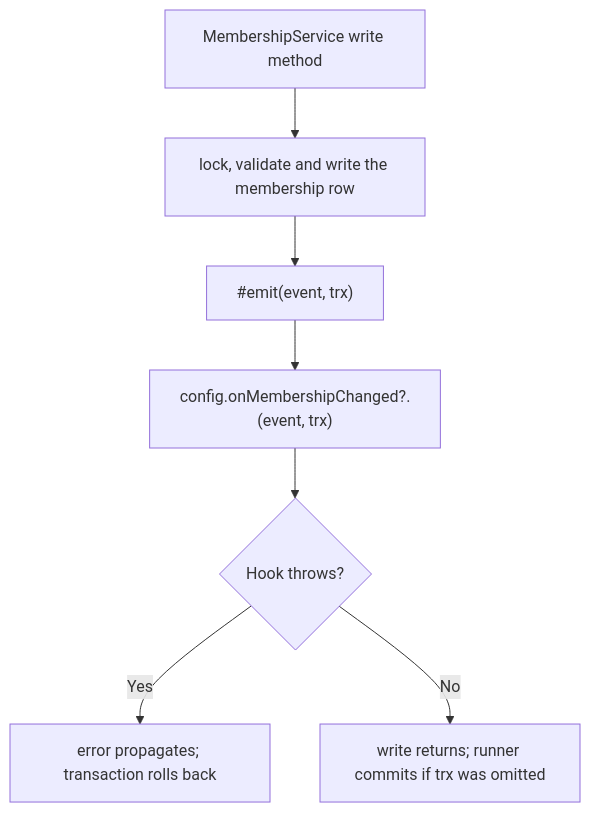
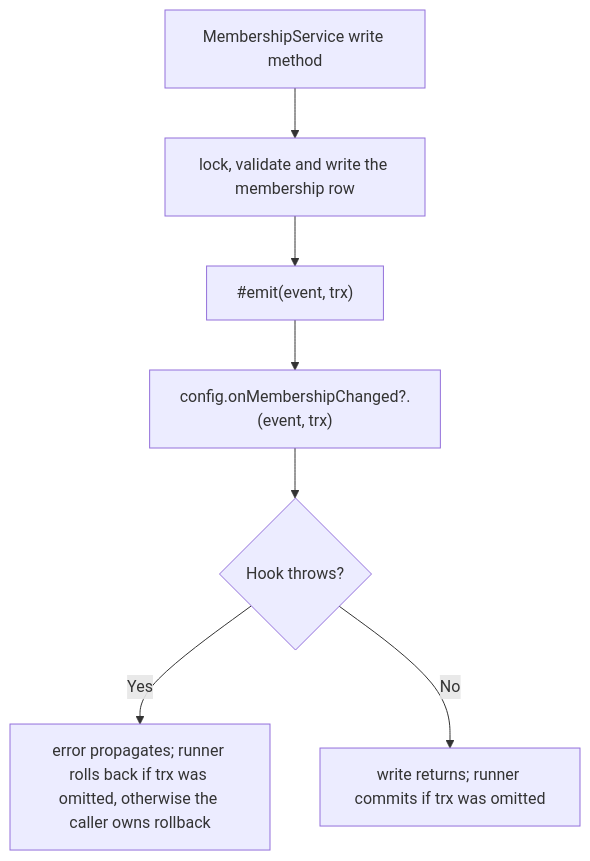
Before and after one commit to Kevinjohn/oss-adonisjs-access-control: the second of 2 diagrams in user-stories/US-ACCESS-26-react-to-membership-changes.md, drawn with Mermaid. The commit also changed other lines of this file and 4 other files, not shown here.

````diff
--- a/user-stories/US-ACCESS-26-react-to-membership-changes.md
+++ b/user-stories/US-ACCESS-26-react-to-membership-changes.md
@@ -39,9 +39,9 @@
 ```mermaid
 flowchart TD
     A["MembershipService write method"] --> B["lock, validate and write the membership row"]
     B --> C["#emit(event, trx)"]
     C --> D["config.onMembershipChanged?.(event, trx)"]
     D --> E{"Hook throws?"}
-    E -->|Yes| F["error propagates; transaction rolls back"]
+    E -->|Yes| F["error propagates; runner rolls back if trx was omitted, otherwise the caller owns rollback"]
     E -->|No| G["write returns; runner commits if trx was omitted"]
 ```
````
